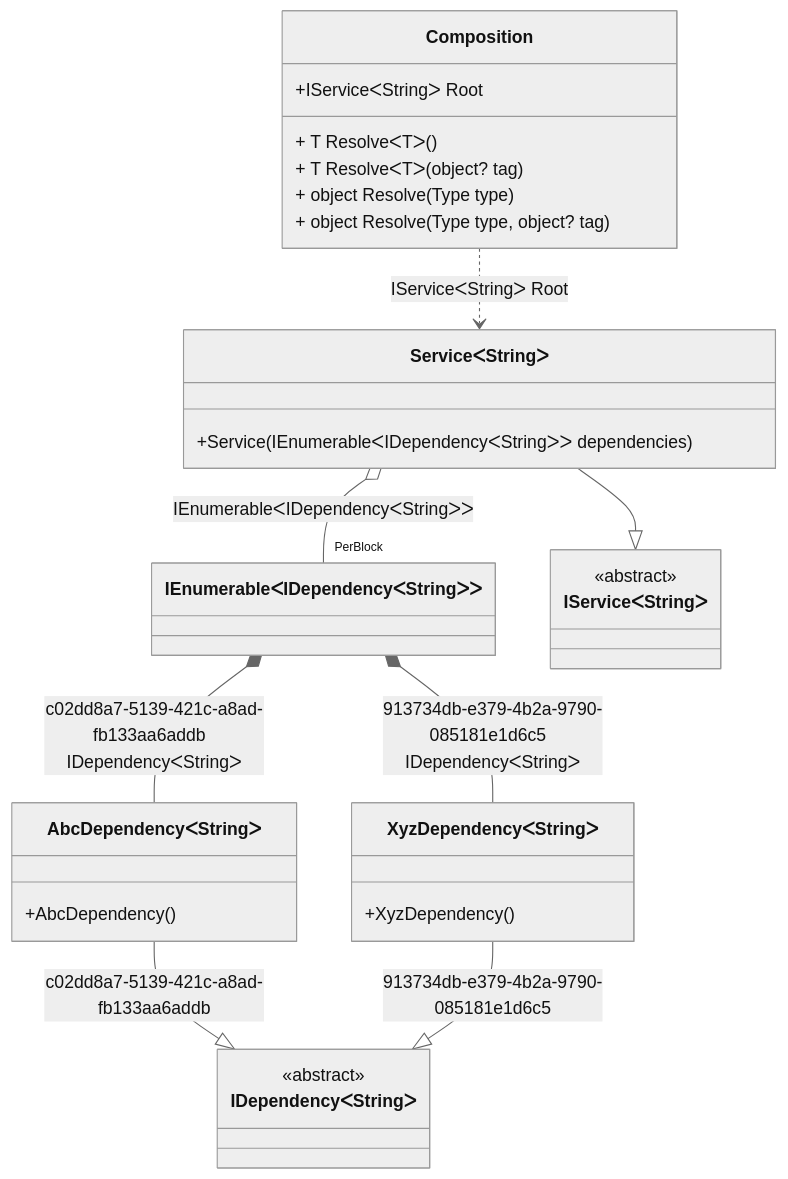
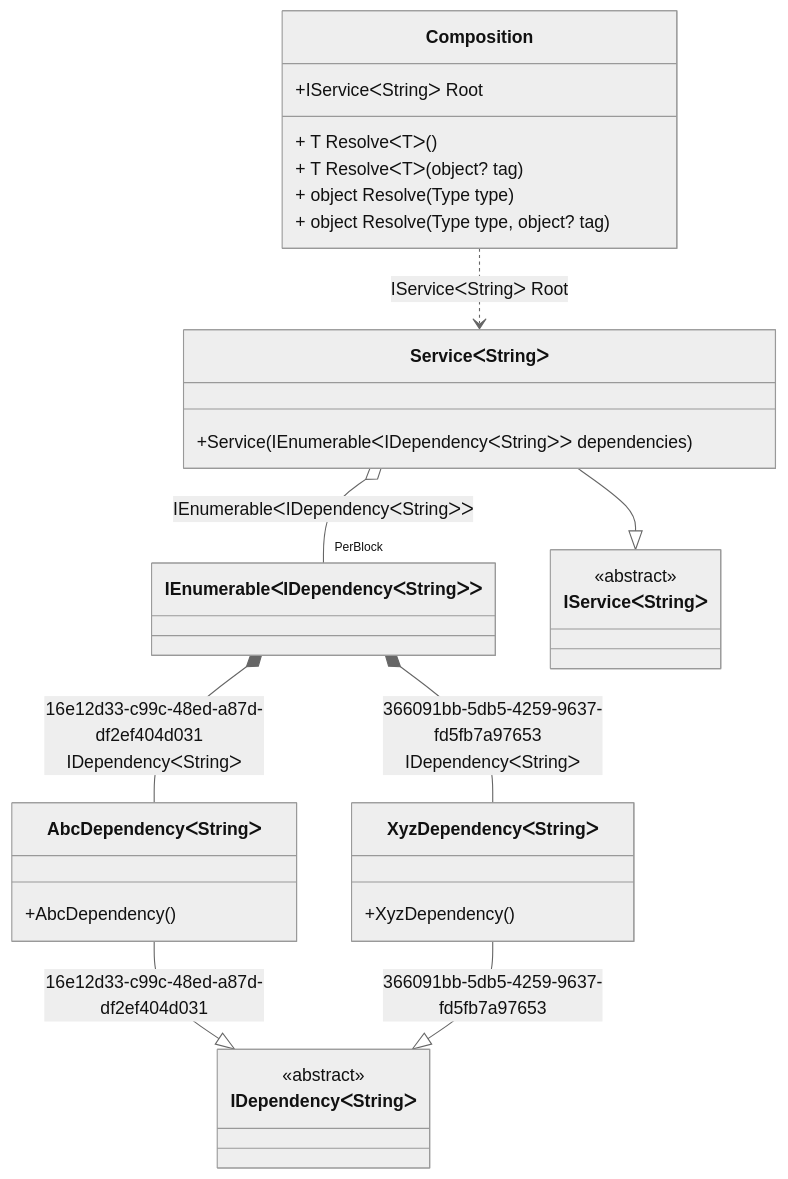
One commit to DevTeam/Pure.DI changed the diagram in readme/tag-unique.md. Above: the diagram before and after it, drawn with Mermaid (neutral theme). The commit also changed other lines of this file and 76 other files, not shown here.

````diff
--- a/readme/tag-unique.md
+++ b/readme/tag-unique.md
@@ -39,33 +39,33 @@
 ```mermaid
 classDiagram
   class Composition {
     +IServiceᐸStringᐳ Root
     + T ResolveᐸTᐳ()
     + T ResolveᐸTᐳ(object? tag)
     + object Resolve(Type type)
     + object Resolve(Type type, object? tag)
   }
   class IEnumerableᐸIDependencyᐸStringᐳᐳ
-  AbcDependencyᐸStringᐳ --|> IDependencyᐸStringᐳ : c02dd8a7-5139-421c-a8ad-fb133aa6addb 
+  AbcDependencyᐸStringᐳ --|> IDependencyᐸStringᐳ : 16e12d33-c99c-48ed-a87d-df2ef404d031 
   class AbcDependencyᐸStringᐳ {
     +AbcDependency()
   }
-  XyzDependencyᐸStringᐳ --|> IDependencyᐸStringᐳ : 913734db-e379-4b2a-9790-085181e1d6c5 
+  XyzDependencyᐸStringᐳ --|> IDependencyᐸStringᐳ : 366091bb-5db5-4259-9637-fd5fb7a97653 
   class XyzDependencyᐸStringᐳ {
     +XyzDependency()
   }
   ServiceᐸStringᐳ --|> IServiceᐸStringᐳ : 
   class ServiceᐸStringᐳ {
     +Service(IEnumerableᐸIDependencyᐸStringᐳᐳ dependencies)
   }
   class IDependencyᐸStringᐳ {
     <<abstract>>
   }
   class IServiceᐸStringᐳ {
     <<abstract>>
   }
-  IEnumerableᐸIDependencyᐸStringᐳᐳ *--  AbcDependencyᐸStringᐳ : c02dd8a7-5139-421c-a8ad-fb133aa6addb  IDependencyᐸStringᐳ
-  IEnumerableᐸIDependencyᐸStringᐳᐳ *--  XyzDependencyᐸStringᐳ : 913734db-e379-4b2a-9790-085181e1d6c5  IDependencyᐸStringᐳ
+  IEnumerableᐸIDependencyᐸStringᐳᐳ *--  AbcDependencyᐸStringᐳ : 16e12d33-c99c-48ed-a87d-df2ef404d031  IDependencyᐸStringᐳ
+  IEnumerableᐸIDependencyᐸStringᐳᐳ *--  XyzDependencyᐸStringᐳ : 366091bb-5db5-4259-9637-fd5fb7a97653  IDependencyᐸStringᐳ
   Composition ..> ServiceᐸStringᐳ : IServiceᐸStringᐳ Root
   ServiceᐸStringᐳ o--  "PerBlock" IEnumerableᐸIDependencyᐸStringᐳᐳ : IEnumerableᐸIDependencyᐸStringᐳᐳ
 ```
````
